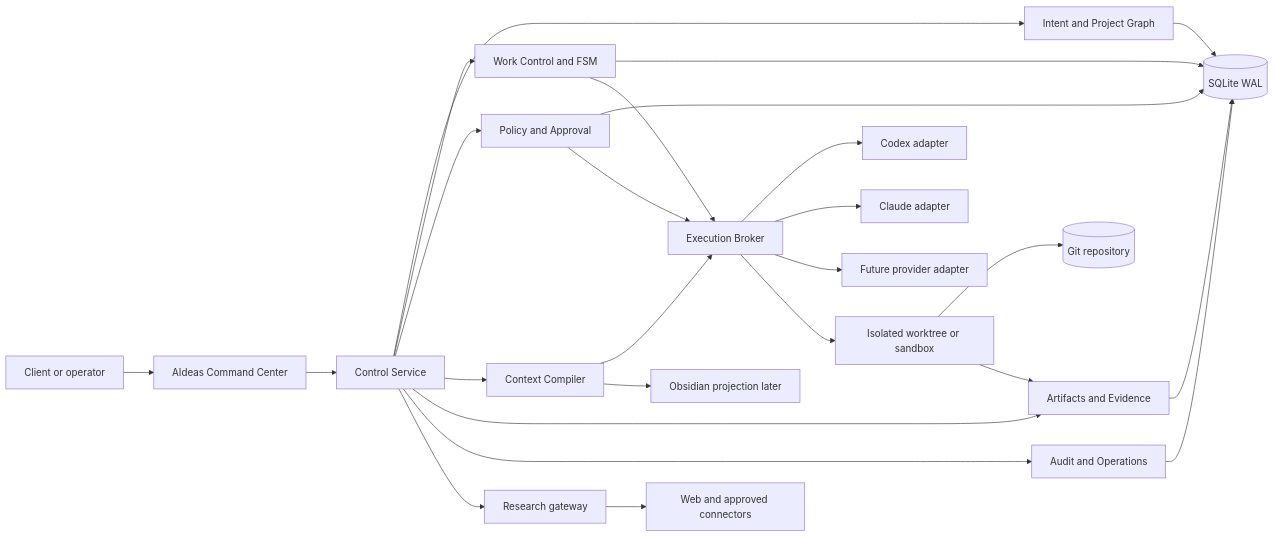
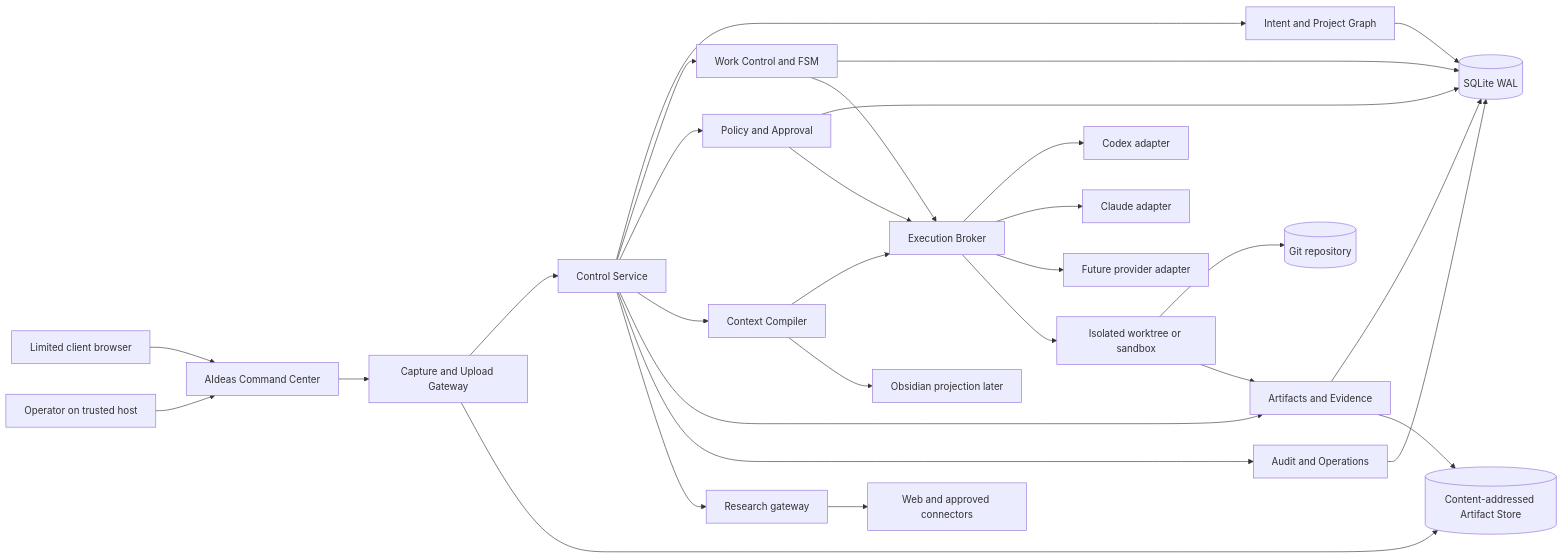
The diagram in docs/ARCHITECTURE.md (Mr-Span/AIdeas), drawn with Mermaid before and after one commit. The commit also changed other lines of this file and 15 other files, not shown here.

````diff
--- a/docs/ARCHITECTURE.md
+++ b/docs/ARCHITECTURE.md
@@ -9,32 +9,36 @@
 ```mermaid
 flowchart LR
-  Client[Client or operator] --> UI[AIdeas Command Center]
-  UI --> API[Control Service]
+  Client[Limited client browser] --> UI[AIdeas Command Center]
+  Operator[Operator on trusted host] --> UI
+  UI --> Ingest[Capture and Upload Gateway]
+  Ingest --> API[Control Service]
+  Ingest --> Files[(Content-addressed Artifact Store)]
 
   API --> Intent[Intent and Project Graph]
   API --> Work[Work Control and FSM]
   API --> Policy[Policy and Approval]
   API --> Context[Context Compiler]
   API --> Evidence[Artifacts and Evidence]
   API --> Audit[Audit and Operations]
 
   Intent --> DB[(SQLite WAL)]
   Work --> DB
   Policy --> DB
   Evidence --> DB
   Audit --> DB
+  Evidence --> Files
 
   Work --> Broker[Execution Broker]
   Context --> Broker
   Policy --> Broker
   Broker --> Codex[Codex adapter]
   Broker --> Claude[Claude adapter]
   Broker --> Future[Future provider adapter]
   Broker --> Sandbox[Isolated worktree or sandbox]
   Sandbox --> Git[(Git repository)]
   Sandbox --> Evidence
 
   API --> Research[Research gateway]
   Research --> Web[Web and approved connectors]
   Context --> Projection[Obsidian projection later]
 ```
````
